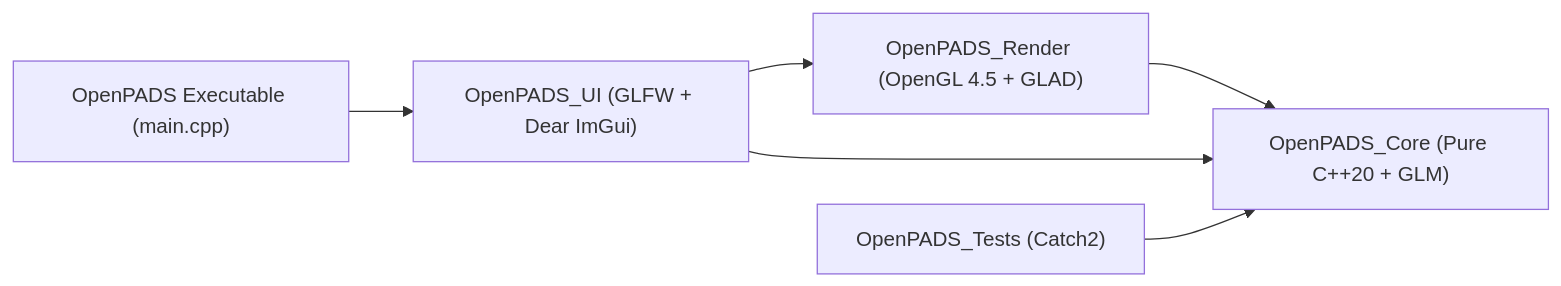
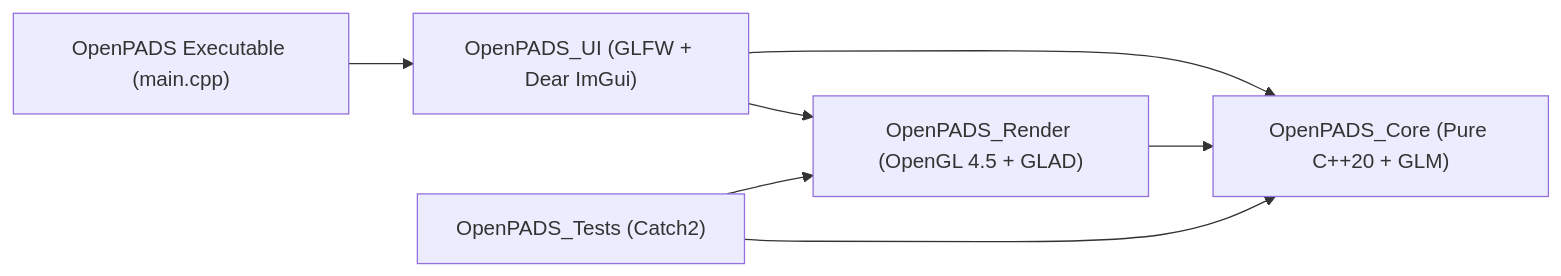
One commit to jadonmat/OpenPADS changed the first of 3 diagrams in ARCHITECTURE.md. Above: the diagram before and after it, drawn with Mermaid. The commit also changed other lines of this file and 21 other files, not shown here.

````diff
--- a/ARCHITECTURE.md
+++ b/ARCHITECTURE.md
@@ -9,14 +9,15 @@
 ```mermaid
 flowchart LR
     Core["OpenPADS_Core (Pure C++20 + GLM)"]
     Render["OpenPADS_Render (OpenGL 4.5 + GLAD)"]
     UI["OpenPADS_UI (GLFW + Dear ImGui)"]
     App["OpenPADS Executable (main.cpp)"]
     Tests["OpenPADS_Tests (Catch2)"]
 
     Render --> Core
     UI --> Render
     UI --> Core
     App --> UI
     Tests --> Core
+    Tests --> Render
 ```
````
